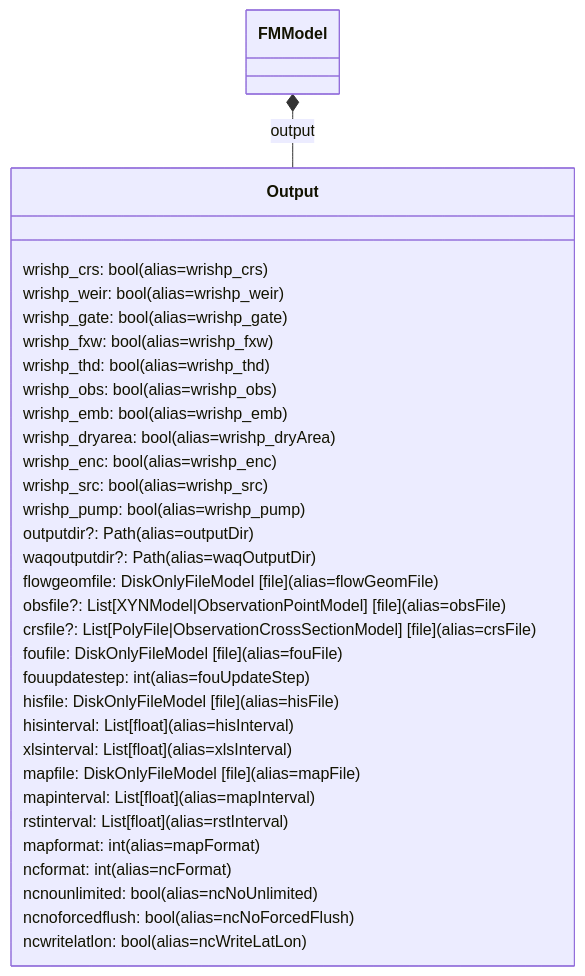
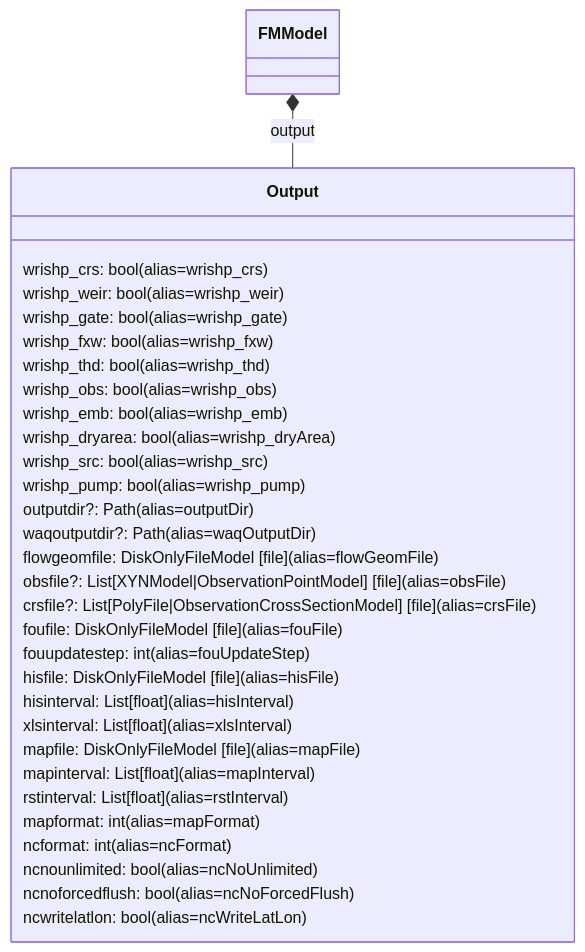
Before and after one commit to Deltares/HYDROLIB-core: the sixth of 8 diagrams in docs/reference/dflowfm/mdu/fm-model-attributes-detailed.md, drawn with Mermaid. The commit also changed other lines of this file and 40 other files, not shown here.

````diff
--- a/docs/reference/dflowfm/mdu/fm-model-attributes-detailed.md
+++ b/docs/reference/dflowfm/mdu/fm-model-attributes-detailed.md
@@ -416,40 +410,39 @@
 ```mermaid
 classDiagram
     direction TB
 
     class Output {
       wrishp_crs: bool (alias=wrishp_crs)
       wrishp_weir: bool (alias=wrishp_weir)
       wrishp_gate: bool (alias=wrishp_gate)
       wrishp_fxw: bool (alias=wrishp_fxw)
       wrishp_thd: bool (alias=wrishp_thd)
       wrishp_obs: bool (alias=wrishp_obs)
       wrishp_emb: bool (alias=wrishp_emb)
       wrishp_dryarea: bool (alias=wrishp_dryArea)
-      wrishp_enc: bool (alias=wrishp_enc)
       wrishp_src: bool (alias=wrishp_src)
       wrishp_pump: bool (alias=wrishp_pump)
       outputdir?: Path (alias=outputDir)
       waqoutputdir?: Path (alias=waqOutputDir)
       flowgeomfile: DiskOnlyFileModel [file] (alias=flowGeomFile)
       obsfile?: List[XYNModel|ObservationPointModel] [file] (alias=obsFile)
       crsfile?: List[PolyFile|ObservationCrossSectionModel] [file] (alias=crsFile)
       foufile: DiskOnlyFileModel [file] (alias=fouFile)
       fouupdatestep: int (alias=fouUpdateStep)
       hisfile: DiskOnlyFileModel [file] (alias=hisFile)
       hisinterval: List[float] (alias=hisInterval)
       xlsinterval: List[float] (alias=xlsInterval)
       mapfile: DiskOnlyFileModel [file] (alias=mapFile)
       mapinterval: List[float] (alias=mapInterval)
       rstinterval: List[float] (alias=rstInterval)
       mapformat: int (alias=mapFormat)
       ncformat: int (alias=ncFormat)
       ncnounlimited: bool (alias=ncNoUnlimited)
       ncnoforcedflush: bool (alias=ncNoForcedFlush)
       ncwritelatlon: bool (alias=ncWriteLatLon)
     }
 
     %% Connect to FMModel like in the consolidated overview
     class FMModel
     FMModel *-- Output : output
 ```
````
